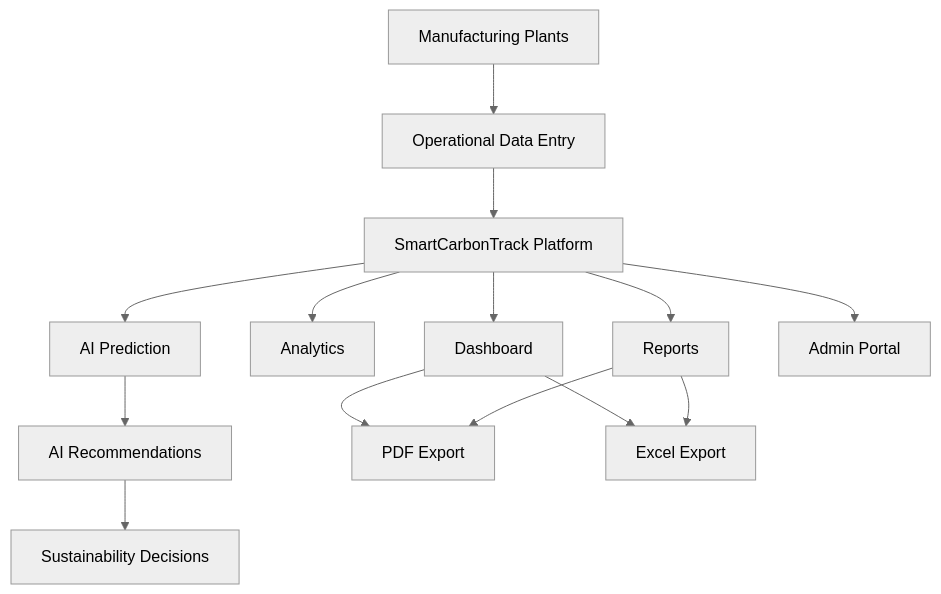
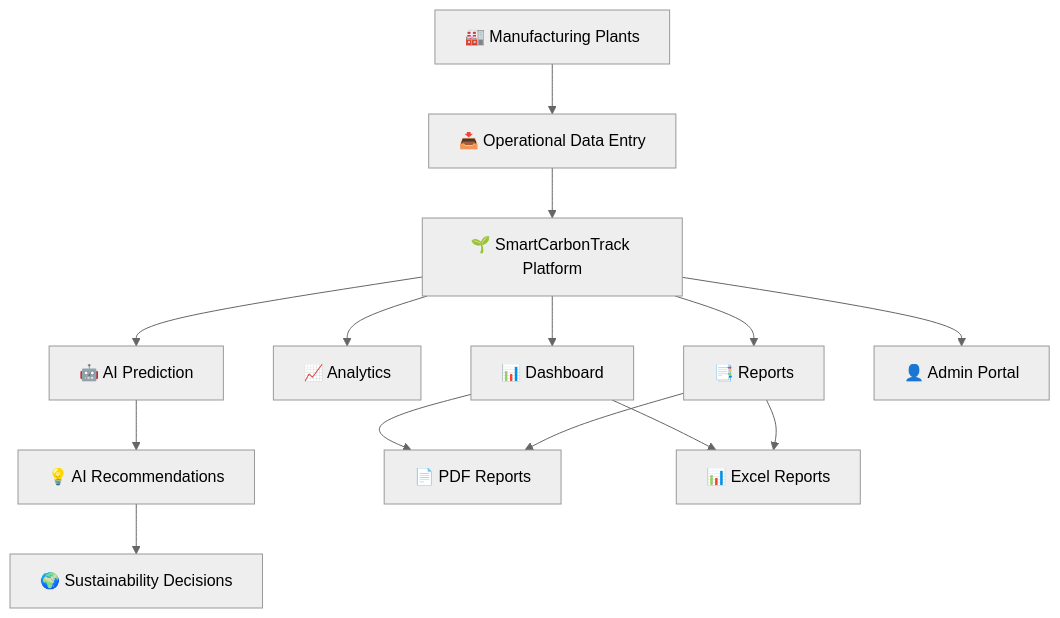
Before and after one commit to nehasingh7156/Smart_CarbonTrack_Project: the diagram in README.md, drawn with Mermaid (neutral theme).

Commit message:
Update in README

````diff
--- a/README.md
+++ b/README.md
@@ -80,22 +80,37 @@
 ```mermaid
-graph TD
+flowchart TD
 
-A[Manufacturing Plants] --> B[Operational Data Entry]
-B --> C[SmartCarbonTrack Platform]
+A["🏭 Manufacturing Plants"]
+B["📥 Operational Data Entry"]
+C["🌱 SmartCarbonTrack Platform"]
 
-C --> D[Dashboard]
-C --> E[Analytics]
-C --> F[AI Prediction]
-C --> G[Reports]
-C --> H[Admin Portal]
+D["📊 Dashboard"]
+E["📈 Analytics"]
+F["🤖 AI Prediction"]
+G["📑 Reports"]
+H["👤 Admin Portal"]
 
-F --> I[AI Recommendations]
+I["💡 AI Recommendations"]
+J["📄 PDF Reports"]
+K["📊 Excel Reports"]
+L["🌍 Sustainability Decisions"]
 
-D --> J[PDF Export]
+A --> B
+B --> C
+
+C --> D
+C --> E
+C --> F
+C --> G
+C --> H
+
+F --> I
+
+D --> J
 G --> J
 
-D --> K[Excel Export]
+D --> K
 G --> K
 
-I --> L[Sustainability Decisions]
+I --> L
 ```
````
